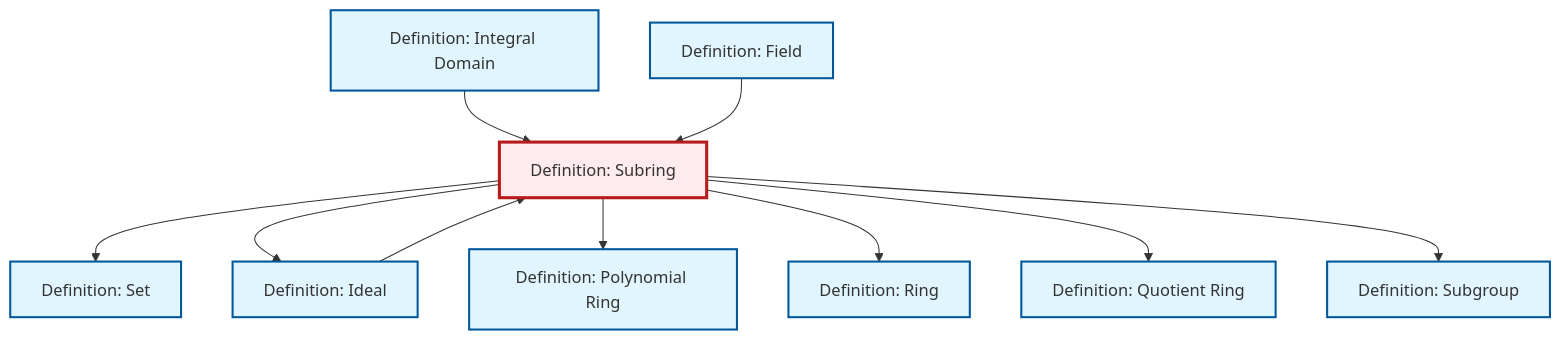
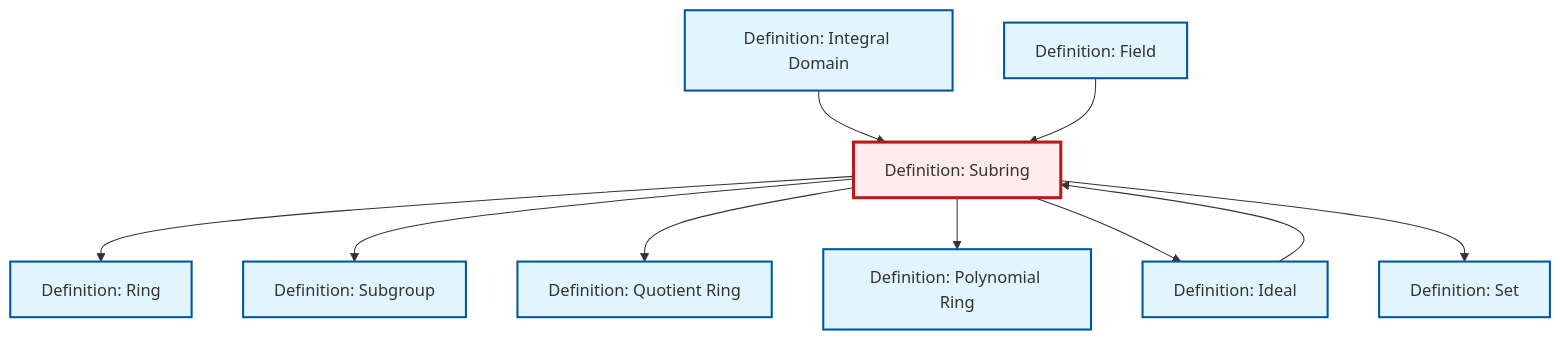
The diagram in content/en/algebra/def-subring.qmd (RK0429/ModernMath), drawn with Mermaid before and after one commit. The commit also changed other lines of this file and 672 other files, not shown here.

````diff
--- a/content/en/algebra/def-subring.qmd
+++ b/content/en/algebra/def-subring.qmd
@@ -84,36 +84,36 @@
 ```{mermaid}
 %%| fig-cap: "Local dependency graph"
 graph TD
     classDef definition fill:#e1f5fe,stroke:#01579b,stroke-width:2px
     classDef theorem fill:#f3e5f5,stroke:#4a148c,stroke-width:2px
     classDef axiom fill:#fff3e0,stroke:#e65100,stroke-width:2px
     classDef example fill:#e8f5e9,stroke:#1b5e20,stroke-width:2px
     classDef current fill:#ffebee,stroke:#b71c1c,stroke-width:3px
+    def-set["Definition: Set"]:::definition
+    def-subgroup["Definition: Subgroup"]:::definition
+    def-subring["Definition: Subring"]:::definition
+    def-integral-domain["Definition: Integral Domain"]:::definition
+    def-polynomial-ring["Definition: Polynomial Ring"]:::definition
+    def-ring["Definition: Ring"]:::definition
+    def-ideal["Definition: Ideal"]:::definition
     def-field["Definition: Field"]:::definition
-    def-subring["Definition: Subring"]:::definition
-    def-ring["Definition: Ring"]:::definition
-    def-subgroup["Definition: Subgroup"]:::definition
-    def-set["Definition: Set"]:::definition
     def-quotient-ring["Definition: Quotient Ring"]:::definition
-    def-polynomial-ring["Definition: Polynomial Ring"]:::definition
-    def-integral-domain["Definition: Integral Domain"]:::definition
-    def-ideal["Definition: Ideal"]:::definition
+    def-integral-domain --> def-subring
+    def-subring --> def-ring
+    def-subring --> def-subgroup
+    def-subring --> def-quotient-ring
+    def-subring --> def-polynomial-ring
+    def-subring --> def-ideal
+    def-field --> def-subring
     def-subring --> def-set
-    def-integral-domain --> def-subring
-    def-field --> def-subring
-    def-subring --> def-ideal
-    def-subring --> def-polynomial-ring
-    def-subring --> def-ring
-    def-subring --> def-quotient-ring
-    def-subring --> def-subgroup
     def-ideal --> def-subring
     class def-subring current
+    click def-set "def-set.html" "Go to Set definition"
+    click def-subgroup "def-subgroup.html" "Go to Subgroup definition"
+    click def-integral-domain "def-integral-domain.html" "Go to Integral Domain definition"
+    click def-polynomial-ring "def-polynomial-ring.html" "Go to Polynomial Ring definition"
+    click def-ring "def-ring.html" "Go to Ring definition"
+    click def-ideal "def-ideal.html" "Go to Ideal definition"
     click def-field "def-field.html" "Go to Field definition"
-    click def-ring "def-ring.html" "Go to Ring definition"
-    click def-subgroup "def-subgroup.html" "Go to Subgroup definition"
-    click def-set "def-set.html" "Go to Set definition"
     click def-quotient-ring "def-quotient-ring.html" "Go to Quotient Ring definition"
-    click def-polynomial-ring "def-polynomial-ring.html" "Go to Polynomial Ring definition"
-    click def-integral-domain "def-integral-domain.html" "Go to Integral Domain definition"
-    click def-ideal "def-ideal.html" "Go to Ideal definition"
 ```
````
